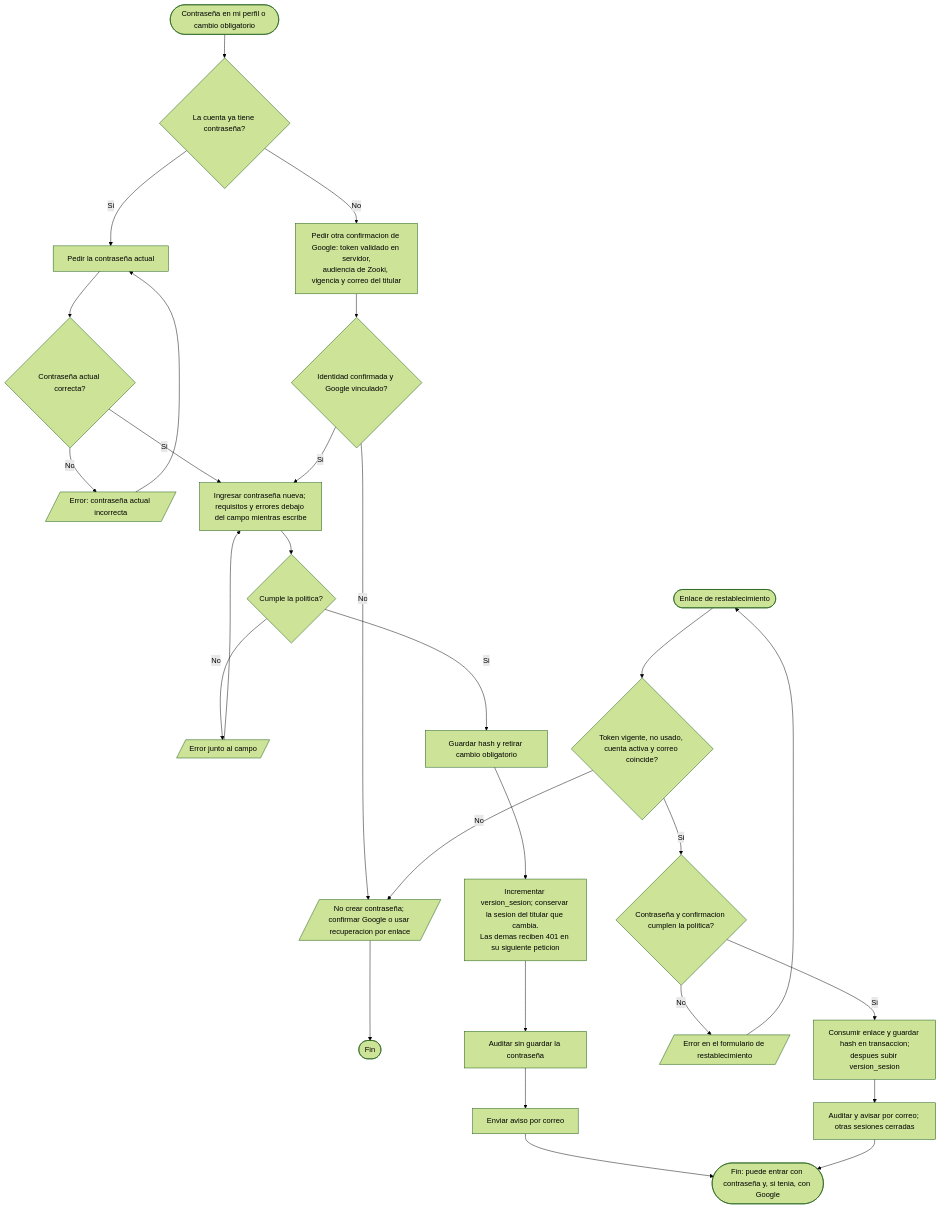
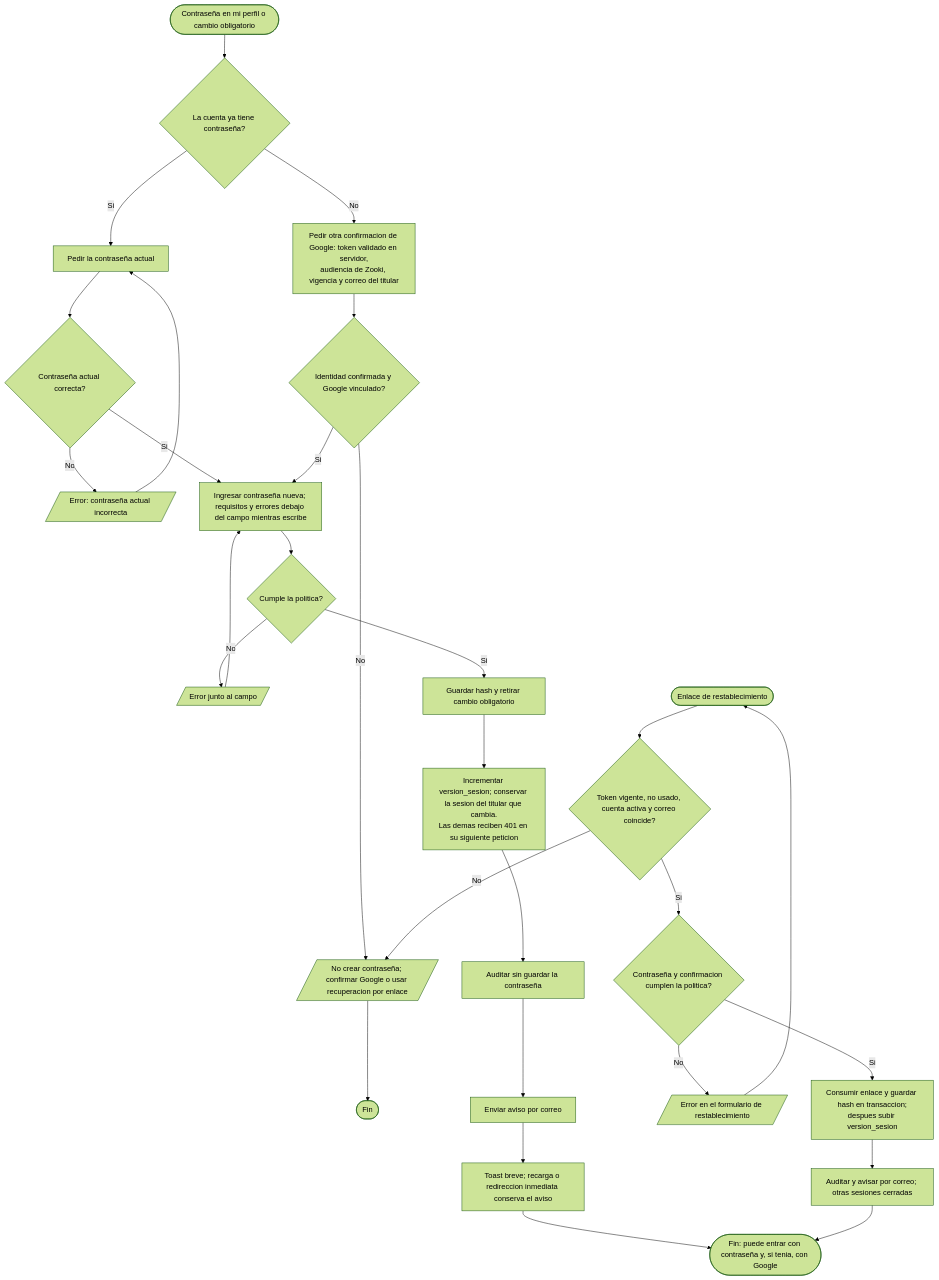
Diagram 22 of 23 in documentacion/Modelos.md (carvajal7lsch-commits/Zooki), drawn with Mermaid (forest theme) before and after one commit. The commit also changed other lines of this file and 53 other files, not shown here.

````diff
--- a/documentacion/Modelos.md
+++ b/documentacion/Modelos.md
@@ -861,30 +867,31 @@
 ```mermaid
 flowchart TD
   A([Contraseña en mi perfil o cambio obligatorio]) --> B{La cuenta ya tiene contraseña?}
   B -- Si --> C[Pedir la contraseña actual]
   C --> C1{Contraseña actual correcta?}
   C1 -- No --> C2[/"Error: contraseña actual incorrecta"/]
   C2 --> C
   C1 -- Si --> N
   B -- No --> G["Pedir otra confirmacion de Google: token validado en servidor,<br/>audiencia de Zooki, vigencia y correo del titular"]
   G --> G1{Identidad confirmada y Google vinculado?}
   G1 -- No --> G2[/"No crear contraseña; confirmar Google o usar recuperacion por enlace"/]
   G2 --> ZF([Fin])
   G1 -- Si --> N["Ingresar contraseña nueva; requisitos y errores debajo del campo mientras escribe"]
   N --> P{Cumple la politica?}
   P -- No --> P1[/"Error junto al campo"/]
   P1 --> N
   P -- Si --> S[Guardar hash y retirar cambio obligatorio]
   S --> SS["Incrementar version_sesion; conservar la sesion del titular que cambia.<br/>Las demas reciben 401 en su siguiente peticion"]
   SS --> AUD[Auditar sin guardar la contraseña]
   AUD --> COR[Enviar aviso por correo]
-  COR --> F([Fin: puede entrar con contraseña y, si tenia, con Google])
+  COR --> AV[Toast breve; recarga o redireccion inmediata conserva el aviso]
+  AV --> F([Fin: puede entrar con contraseña y, si tenia, con Google])
   R([Enlace de restablecimiento]) --> RV{Token vigente, no usado, cuenta activa y correo coincide?}
   RV -- No --> G2
   RV -- Si --> RP{Contraseña y confirmacion cumplen la politica?}
   RP -- No --> RERR[/"Error en el formulario de restablecimiento"/]
   RERR --> R
   RP -- Si --> TX["Consumir enlace y guardar hash en transaccion;<br/>despues subir version_sesion"]
   TX --> RA[Auditar y avisar por correo; otras sesiones cerradas]
   RA --> F
 ```
````
